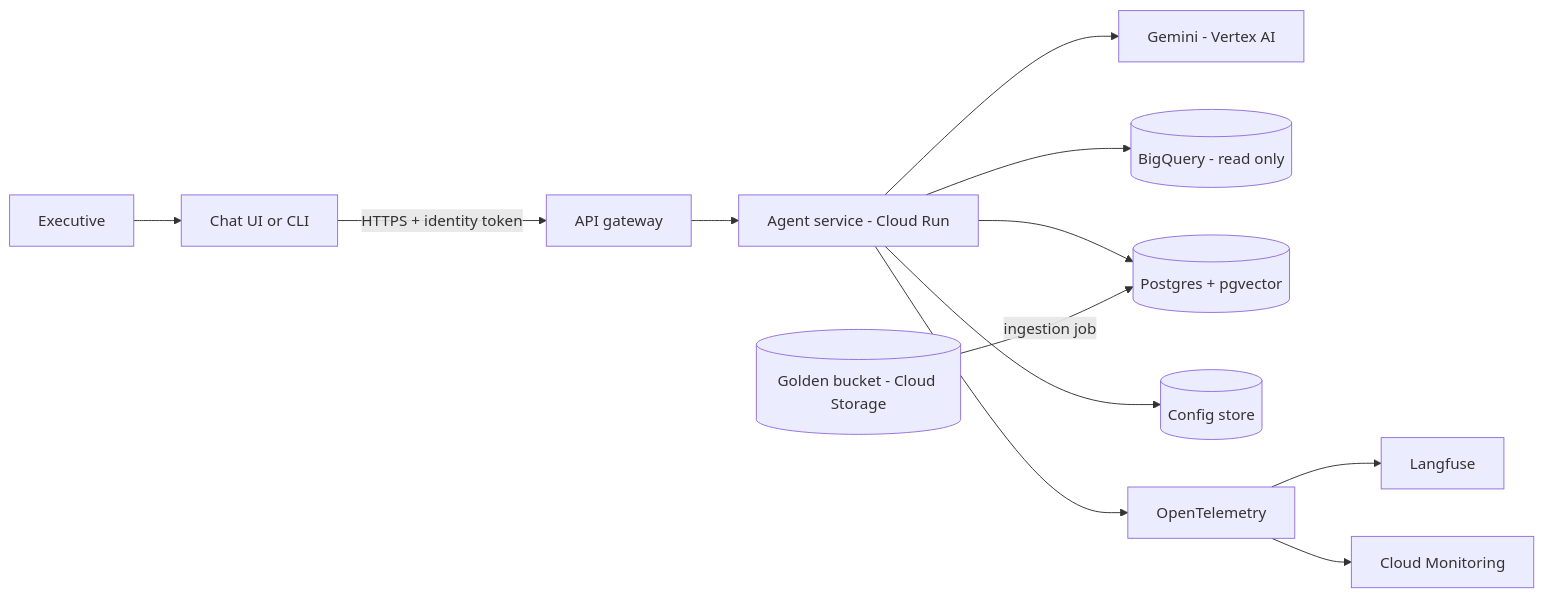
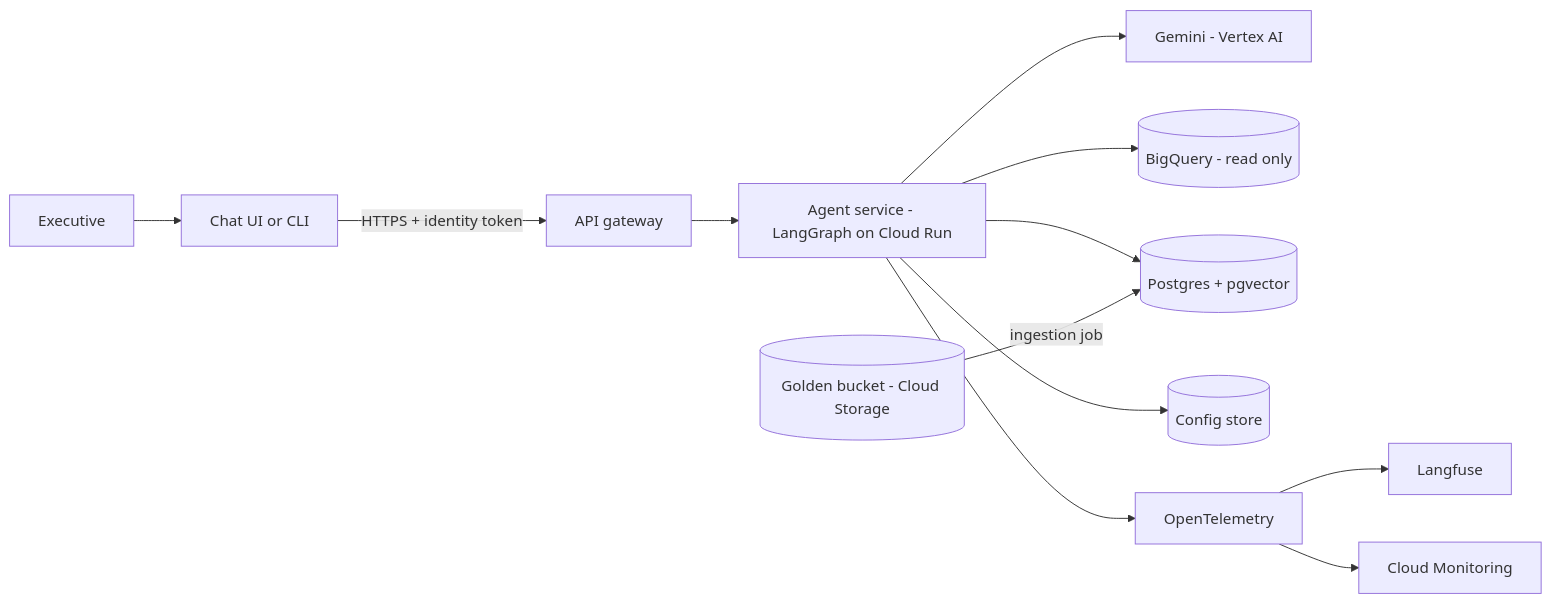
One commit to Geghi/retail_analyst changed the diagram in docs/HLD.md. Above: the diagram before and after it, drawn with Mermaid. The commit also changed other lines of this file and 1 other file, not shown here.

Commit message:
HLD and diagram: LangGraph agent, BigQueryClient, current prototype scope

````diff
--- a/docs/HLD.md
+++ b/docs/HLD.md
@@ -20,14 +20,14 @@
 ```mermaid
 flowchart LR
   EXEC["Executive"] --> UI["Chat UI or CLI"]
   UI -->|"HTTPS + identity token"| GW["API gateway"]
-  GW --> AG["Agent service - Cloud Run"]
+  GW --> AG["Agent service - LangGraph on Cloud Run"]
   AG --> GEM["Gemini - Vertex AI"]
   AG --> BQ[("BigQuery - read only")]
   AG --> PG[("Postgres + pgvector")]
   AG --> CFG[("Config store")]
   GCS[("Golden bucket - Cloud Storage")] -->|"ingestion job"| PG
   AG --> OBS["OpenTelemetry"]
   OBS --> LF["Langfuse"]
   OBS --> MON["Cloud Monitoring"]
 ```
````
